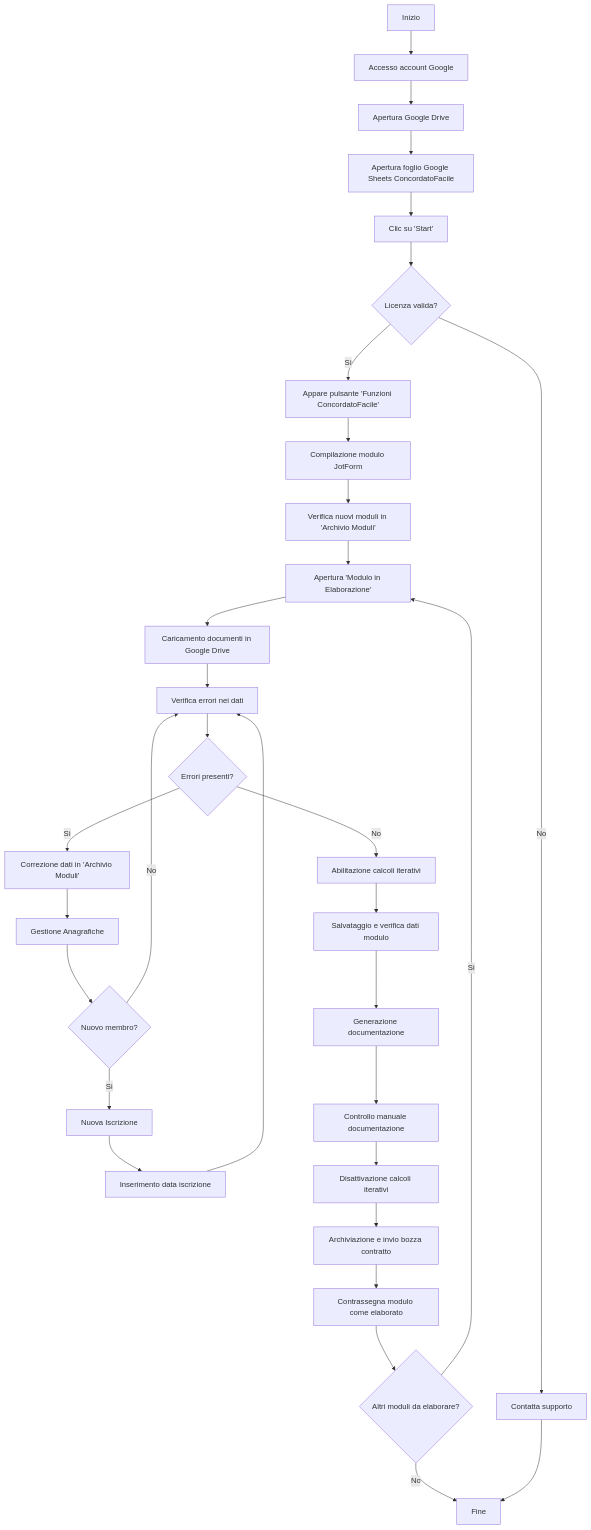
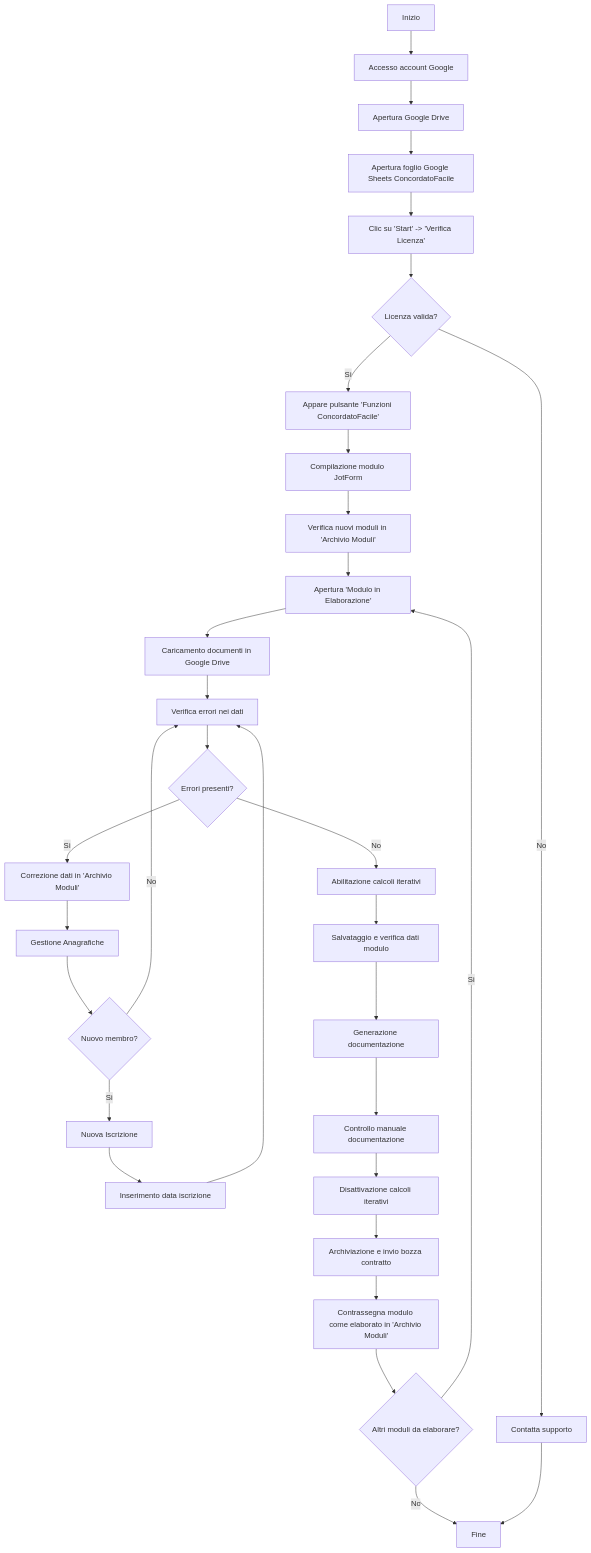
The diagram in readme.md (ConcordatoFacile/guida-utente), drawn with Mermaid before and after one commit. The commit also changed other lines of this file, not shown here.

````diff
--- a/readme.md
+++ b/readme.md
@@ -235,34 +257,34 @@
 ```mermaid
 graph TD
     A[Inizio] --> B[Accesso account Google]
     B --> C[Apertura Google Drive]
     C --> D[Apertura foglio Google Sheets ConcordatoFacile]
-    D --> E[Clic su 'Start']
+    D --> E[Clic su 'Start' -> 'Verifica Licenza']
     E --> F{Licenza valida?}
     F -->|No| Z[Contatta supporto]
     F -->|Sì| G[Appare pulsante 'Funzioni ConcordatoFacile']
     G --> H[Compilazione modulo JotForm]
     H --> I[Verifica nuovi moduli in 'Archivio Moduli']
     I --> J[Apertura 'Modulo in Elaborazione']
     J --> K[Caricamento documenti in Google Drive]
     K --> L[Verifica errori nei dati]
     L --> M{Errori presenti?}
     M -->|Sì| N[Correzione dati in 'Archivio Moduli']
     N --> O[Gestione Anagrafiche]
     O --> P{Nuovo membro?}
     P -->|Sì| Q[Nuova Iscrizione]
     Q --> R[Inserimento data iscrizione]
     R --> L
     P -->|No| L
     M -->|No| S[Abilitazione calcoli iterativi]
     S --> T2[Salvataggio e verifica dati modulo]
     T2 --> W[Generazione documentazione]
     W --> X[Controllo manuale documentazione]
     X --> Y[Disattivazione calcoli iterativi]
     Y --> AA[Archiviazione e invio bozza contratto]
-    AA --> BB[Contrassegna modulo come elaborato]
+    AA --> BB[Contrassegna modulo come elaborato in 'Archivio Moduli']
     BB --> CC{Altri moduli da elaborare?}
     CC -->|Sì| J
     CC -->|No| DD[Fine]
     Z --> DD
 ```
````
